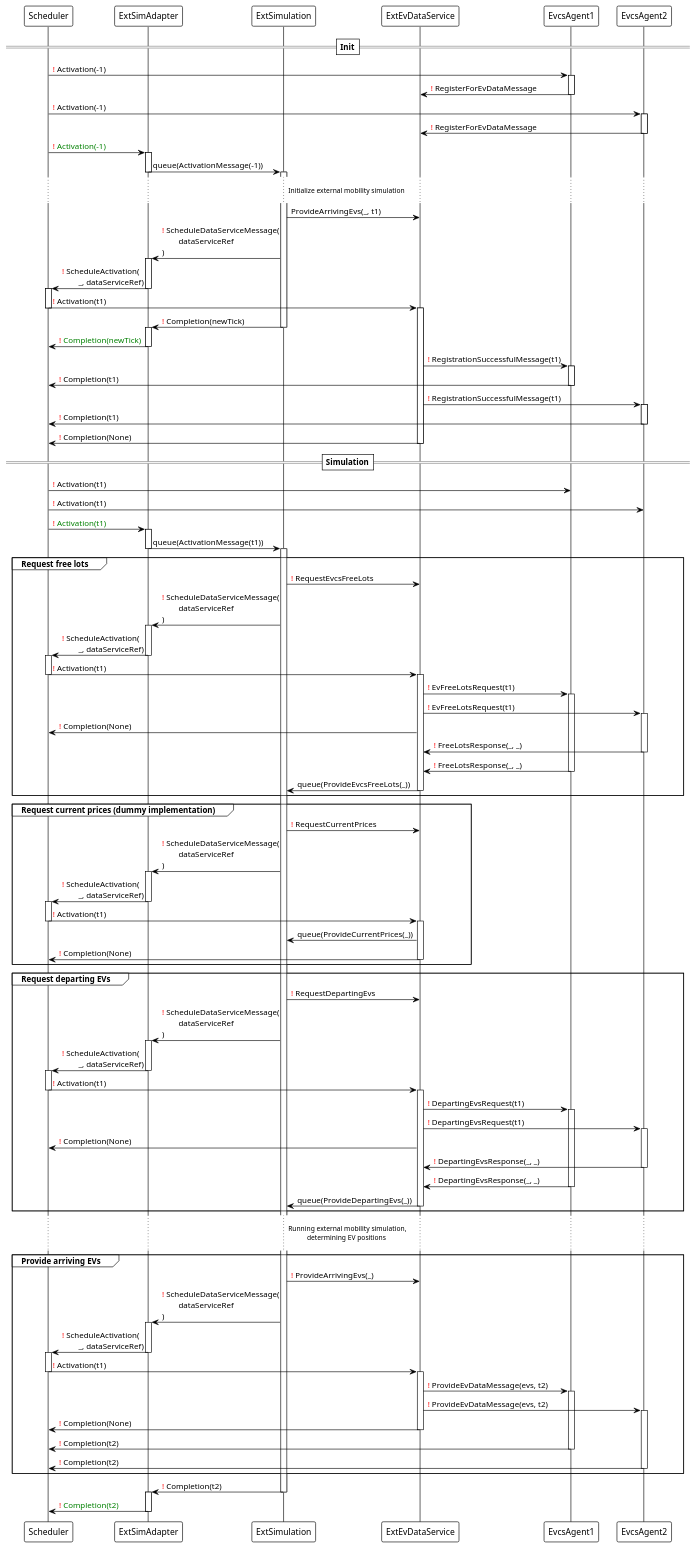
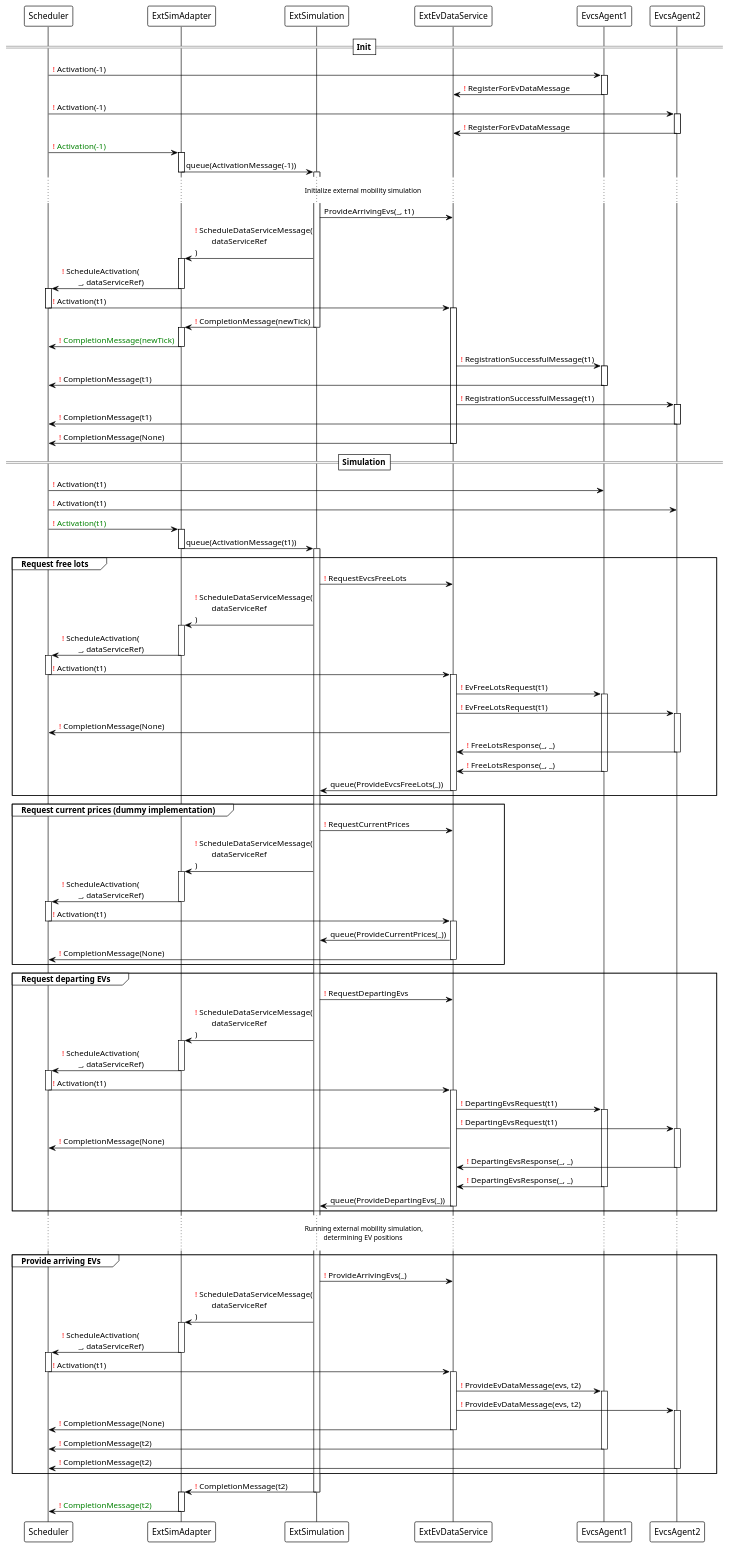
Before and after one commit to ie3-institute/simona: the diagram in docs/uml/protocol/ExtEvSimulationSequence.puml, drawn with PlantUML.

Commit message:
Changed Completion to CompletionMessage

```diff
--- a/docs/uml/protocol/ExtEvSimulationSequence.puml
+++ b/docs/uml/protocol/ExtEvSimulationSequence.puml
@@ -43,26 +43,26 @@
 deactivate Scheduler
 activate ExtEvDataService
 
-ExtSimulation -> ExtSimAdapter: <font color=red>!</font> Completion(newTick)
+ExtSimulation -> ExtSimAdapter: <font color=red>!</font> CompletionMessage(newTick)
 deactivate ExtSimulation
 activate ExtSimAdapter
 
-ExtSimAdapter -> Scheduler: <font color=red>!</font> <font color=green>Completion(newTick)</font>
+ExtSimAdapter -> Scheduler: <font color=red>!</font> <font color=green>CompletionMessage(newTick)</font>
 deactivate ExtSimAdapter
 
 ExtEvDataService -> EvcsAgent1: <font color=red>!</font> RegistrationSuccessfulMessage(t1)
 activate EvcsAgent1
 
-EvcsAgent1 -> Scheduler: <font color=red>!</font> Completion(t1)
+EvcsAgent1 -> Scheduler: <font color=red>!</font> CompletionMessage(t1)
 deactivate EvcsAgent1
 
 ExtEvDataService -> EvcsAgent2: <font color=red>!</font> RegistrationSuccessfulMessage(t1)
 activate EvcsAgent2
 
-EvcsAgent2 -> Scheduler: <font color=red>!</font> Completion(t1)
+EvcsAgent2 -> Scheduler: <font color=red>!</font> CompletionMessage(t1)
 deactivate EvcsAgent2
 
-ExtEvDataService -> Scheduler: <font color=red>!</font> Completion(None)
+ExtEvDataService -> Scheduler: <font color=red>!</font> CompletionMessage(None)
 deactivate ExtEvDataService
 
 ==Simulation==
@@ -96,7 +96,7 @@
     ExtEvDataService -> EvcsAgent2: <font color=red>!</font> EvFreeLotsRequest(t1)
     activate EvcsAgent2
 
-    ExtEvDataService -> Scheduler: <font color=red>!</font> Completion(None)
+    ExtEvDataService -> Scheduler: <font color=red>!</font> CompletionMessage(None)
 
     EvcsAgent2 -> ExtEvDataService: <font color=red>!</font> FreeLotsResponse(_, _)
     deactivate EvcsAgent2
@@ -124,7 +124,7 @@
 
     ExtEvDataService -> ExtSimulation: queue(ProvideCurrentPrices(_))
 
-    ExtEvDataService -> Scheduler: <font color=red>!</font> Completion(None)
+    ExtEvDataService -> Scheduler: <font color=red>!</font> CompletionMessage(None)
 
     deactivate ExtEvDataService
 end
@@ -149,7 +149,7 @@
     ExtEvDataService -> EvcsAgent2: <font color=red>!</font> DepartingEvsRequest(t1)
     activate EvcsAgent2
 
-    ExtEvDataService -> Scheduler: <font color=red>!</font> Completion(None)
+    ExtEvDataService -> Scheduler: <font color=red>!</font> CompletionMessage(None)
 
     EvcsAgent2 -> ExtEvDataService: <font color=red>!</font> DepartingEvsResponse(_, _)
     deactivate EvcsAgent2
@@ -182,21 +182,21 @@
     ExtEvDataService -> EvcsAgent2: <font color=red>!</font> ProvideEvDataMessage(evs, t2)
     activate EvcsAgent2
 
-    ExtEvDataService -> Scheduler: <font color=red>!</font> Completion(None)
+    ExtEvDataService -> Scheduler: <font color=red>!</font> CompletionMessage(None)
     deactivate ExtEvDataService
 
-    EvcsAgent1 -> Scheduler: <font color=red>!</font> Completion(t2)
+    EvcsAgent1 -> Scheduler: <font color=red>!</font> CompletionMessage(t2)
     deactivate EvcsAgent1
 
-    EvcsAgent2 -> Scheduler: <font color=red>!</font> Completion(t2)
+    EvcsAgent2 -> Scheduler: <font color=red>!</font> CompletionMessage(t2)
     deactivate EvcsAgent2
 end
 
-ExtSimulation -> ExtSimAdapter: <font color=red>!</font> Completion(t2)
+ExtSimulation -> ExtSimAdapter: <font color=red>!</font> CompletionMessage(t2)
 deactivate ExtSimulation
 activate ExtSimAdapter
 
-ExtSimAdapter -> Scheduler: <font color=red>!</font> <font color=green>Completion(t2)</font>
+ExtSimAdapter -> Scheduler: <font color=red>!</font> <font color=green>CompletionMessage(t2)</font>
 deactivate ExtSimAdapter
 
 @enduml
```
